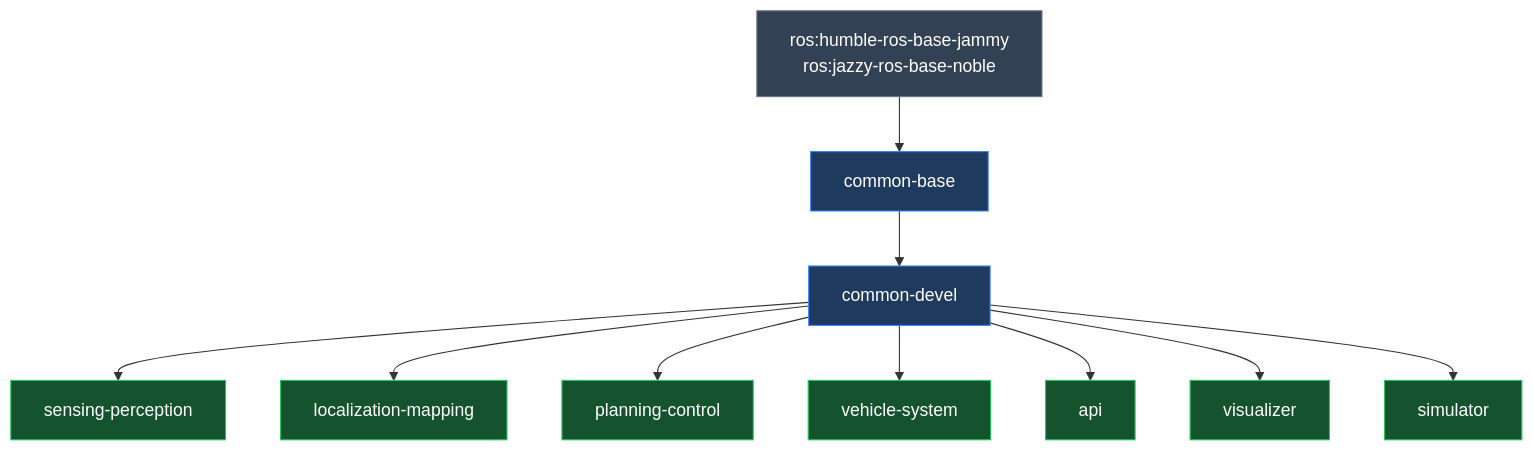
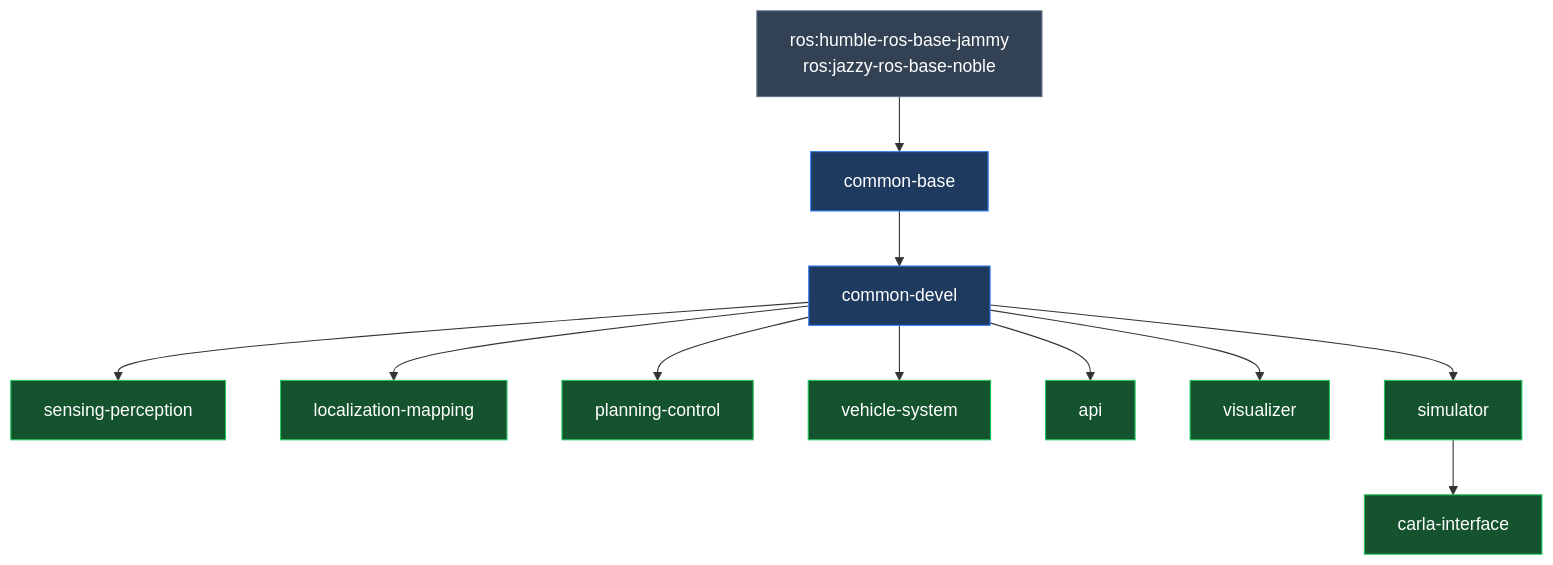
The diagram in components/README.md (oguzkaganozt/openadkit), drawn with Mermaid before and after one commit. The commit also changed other lines of this file and 12 other files, not shown here.

````diff
--- a/components/README.md
+++ b/components/README.md
@@ -11,17 +11,18 @@
 ```mermaid
 flowchart TB
     ROS["ros:humble-ros-base-jammy<br/>ros:jazzy-ros-base-noble"]:::rosBase --> CB["common-base"]:::commonBase
     CB --> CD["common-devel"]:::commonBase
 
     CD --> SP["sensing-perception"]:::componentImage
     CD --> LM["localization-mapping"]:::componentImage
     CD --> PC["planning-control"]:::componentImage
     CD --> VS["vehicle-system"]:::componentImage
     CD --> API["api"]:::componentImage
     CD --> VIZ["visualizer"]:::componentImage
     CD --> SIM["simulator"]:::componentImage
+    SIM --> CARLA["carla-interface"]:::componentImage
 
     classDef rosBase fill:#334155,stroke:#64748b,color:#fff
     classDef commonBase fill:#1e3a5f,stroke:#3b82f6,color:#fff
     classDef componentImage fill:#14532d,stroke:#22c55e,color:#fff
 ```
````
